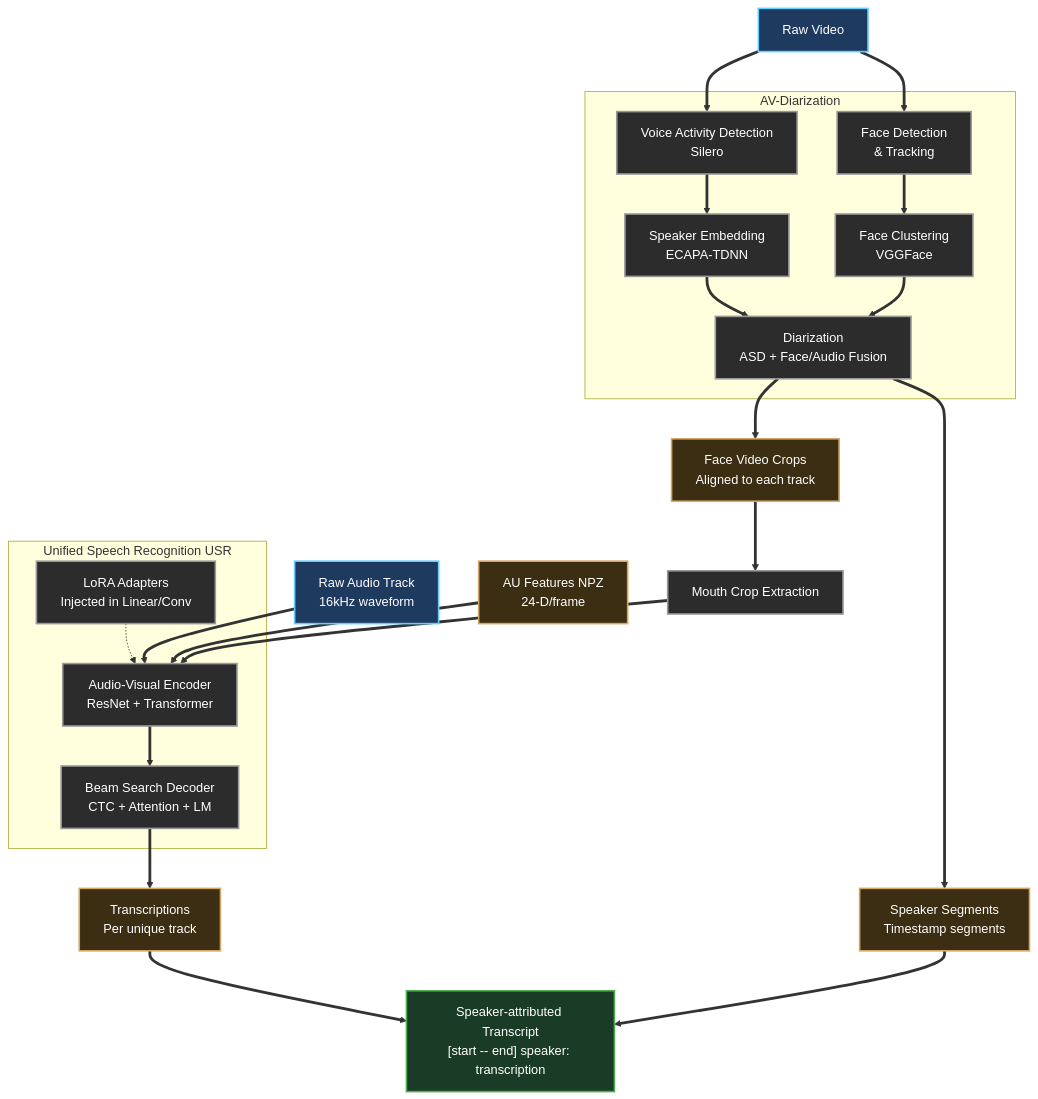
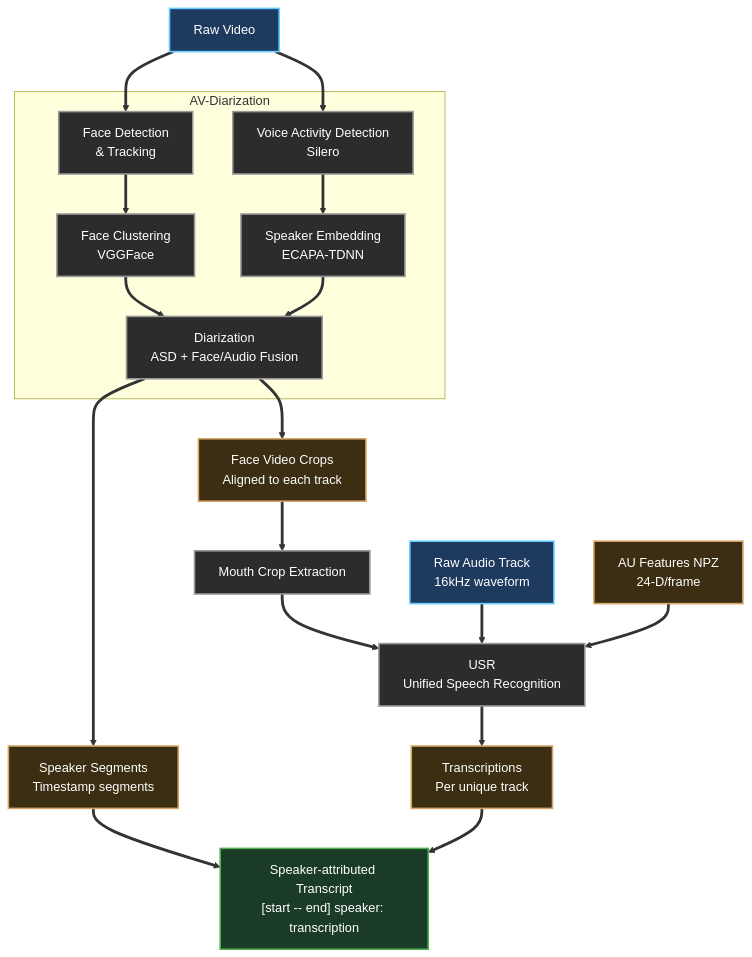
Before and after one commit to BaoAL31/AVATAR: the first of 2 diagrams in README.md, drawn with Mermaid. The commit also changed other lines of this file and 25 other files, not shown here.

Commit message:
feat: update readme's mermaid chart

````diff
--- a/README.md
+++ b/README.md
@@ -5,58 +5,52 @@
 ```mermaid
 graph TD
     %% ==========================================
     %% DARK MODE STYLES (No class assignment to avoid parser errors)
     %% ==========================================
     classDef input fill:#1e3a5f,stroke:#66ccff,stroke-width:2px,color:#fff;
     classDef process fill:#2c2c2c,stroke:#999999,stroke-width:2px,color:#fff;
     classDef data fill:#3b2e12,stroke:#d4a566,stroke-width:2px,color:#fff;
     classDef output fill:#1a3b25,stroke:#4caf50,stroke-width:2px,color:#fff;
 
     %% NODES (Quotes + <br/> for guaranteed line breaks)
     RV["Raw Video"]:::input
     RA["Raw Audio Track<br/>16kHz waveform"]:::input
     AU["AU Features NPZ<br/>24-D/frame"]:::data
 
     subgraph AVD [AV-Diarization]
         FD["Face Detection<br/>& Tracking"]:::process
         VAD["Voice Activity Detection<br/>Silero"]:::process
         FC["Face Clustering<br/>VGGFace"]:::process
         SE["Speaker Embedding<br/>ECAPA-TDNN"]:::process
         DI["Diarization<br/>ASD + Face/Audio Fusion"]:::process
     end
 
     SS["Speaker Segments<br/>Timestamp segments"]:::data
     FVC["Face Video Crops<br/>Aligned to each track"]:::data
     MCE["Mouth Crop Extraction"]:::process
 
-    subgraph USR [Unified Speech Recognition USR]
-        ENC["Audio-Visual Encoder<br/>ResNet + Transformer"]:::process
-        DEC["Beam Search Decoder<br/>CTC + Attention + LM"]:::process
-        LORA["LoRA Adapters<br/>Injected in Linear/Conv"]:::process
-    end
+    USR["USR<br/>Unified Speech Recognition"]:::process
 
     TR["Transcriptions<br/>Per unique track"]:::data
     FO["Speaker-attributed Transcript<br/>[start -- end] speaker: transcription"]:::output
 
     %% CONNECTIONS (Using ==> for thicker lines, -.-> for dashed LoRA injection)
     RV ==> FD
     RV ==> VAD
     FD ==> FC
     VAD ==> SE
     FC ==> DI
     SE ==> DI
     
     DI ==> SS
     DI ==> FVC
     FVC ==> MCE
     
-    MCE ==> ENC
-    RA ==> ENC
-    AU ==> ENC
-    ENC ==> DEC
-    LORA -.-> ENC
+    MCE ==> USR
+    RA ==> USR
+    AU ==> USR
     
-    DEC ==> TR
+    USR ==> TR
     SS ==> FO
     TR ==> FO
 ```
````
